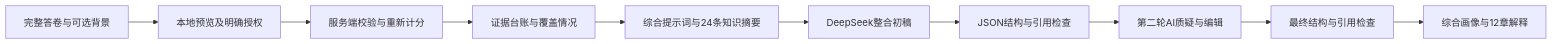
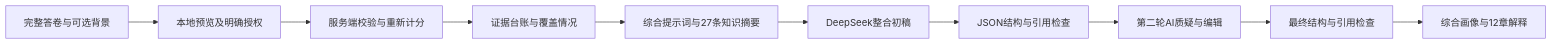
Before and after one commit to wangkeyu-u/ui-gallery: the diagram in inner-atlas/docs/AI_ANALYSIS.md, drawn with Mermaid. The commit also changed other lines of this file and 21 other files, not shown here.

````diff
--- a/inner-atlas/docs/AI_ANALYSIS.md
+++ b/inner-atlas/docs/AI_ANALYSIS.md
@@ -30,12 +30,12 @@
 ```mermaid
 flowchart LR
  A[完整答卷与可选背景] --> B[本地预览及明确授权]
  B --> C[服务端校验与重新计分]
  C --> D[证据台账与覆盖情况]
- D --> E[综合提示词与24条知识摘要]
+ D --> E[综合提示词与27条知识摘要]
  E --> F[DeepSeek整合初稿]
  F --> G[JSON结构与引用检查]
  G --> R[第二轮AI质疑与编辑]
  R --> V[最终结构与引用检查]
  V --> H[综合画像与12章解释]
 ```
````
